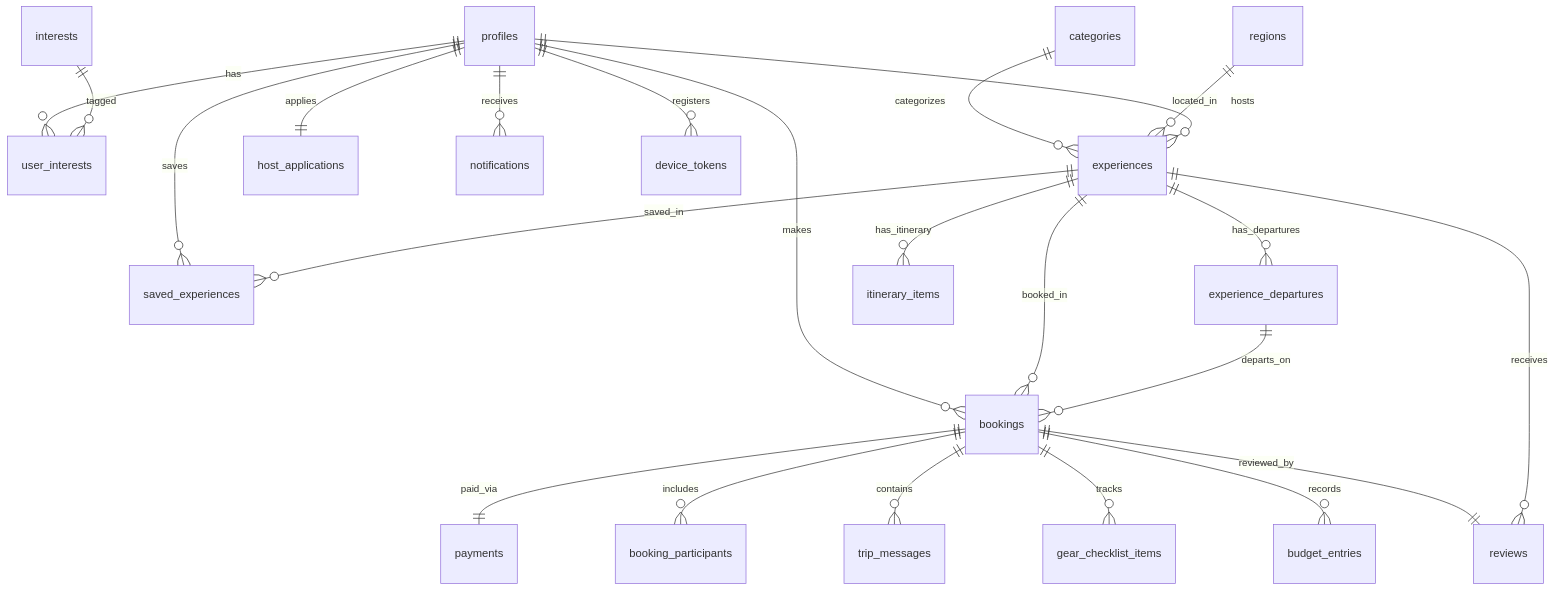
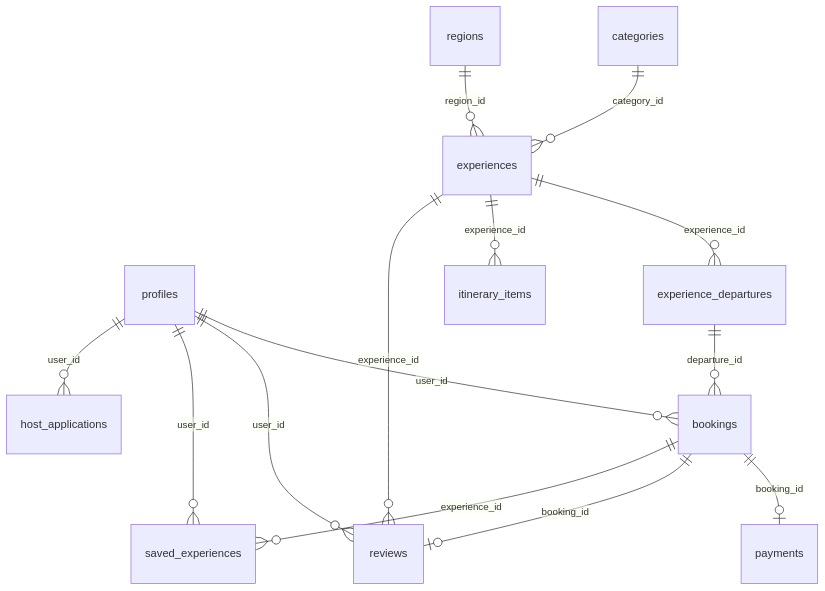
Before and after one commit to planecpn-cmd/PLAN.E: the second of 2 diagrams in docs/GRAPH_REPORT.md, drawn with Mermaid. The commit also changed other lines of this file and 1 other file, not shown here.

````diff
--- a/docs/GRAPH_REPORT.md
+++ b/docs/GRAPH_REPORT.md
@@ -206,25 +134,20 @@
 ```mermaid
 erDiagram
-  profiles ||--o{ user_interests : has
-  interests ||--o{ user_interests : tagged
-  profiles ||--o{ saved_experiences : saves
-  experiences ||--o{ saved_experiences : saved_in
-  categories ||--o{ experiences : categorizes
-  regions ||--o{ experiences : located_in
-  profiles ||--o{ experiences : hosts
-  experiences ||--o{ experience_departures : has_departures
-  experiences ||--o{ itinerary_items : has_itinerary
-  profiles ||--o{ bookings : makes
-  experiences ||--o{ bookings : booked_in
-  experience_departures ||--o{ bookings : departs_on
-  bookings ||--|| payments : paid_via
-  bookings ||--o{ booking_participants : includes
-  bookings ||--o{ trip_messages : contains
-  bookings ||--o{ gear_checklist_items : tracks
-  bookings ||--o{ budget_entries : records
-  bookings ||--|| reviews : reviewed_by
-  experiences ||--o{ reviews : receives
-  profiles ||--|| host_applications : applies
-  profiles ||--o{ notifications : receives
-  profiles ||--o{ device_tokens : registers
+  profiles ||--o{ bookings : "user_id"
+  profiles ||--o{ reviews : "user_id"
+  profiles ||--o{ saved_experiences : "user_id"
+  profiles ||--o{ host_applications : "user_id"
+
+  categories ||--o{ experiences : "category_id"
+  regions ||--o{ experiences : "region_id"
+
+  experiences ||--o{ experience_departures : "experience_id"
+  experiences ||--o{ itinerary_items : "experience_id"
+  experiences ||--o{ reviews : "experience_id"
+
+  experience_departures ||--o{ bookings : "departure_id"
+
+  bookings ||--o| payments : "booking_id"
+  bookings ||--o| reviews : "booking_id"
+  bookings ||--o{ saved_experiences : "experience_id"
 ```
````
